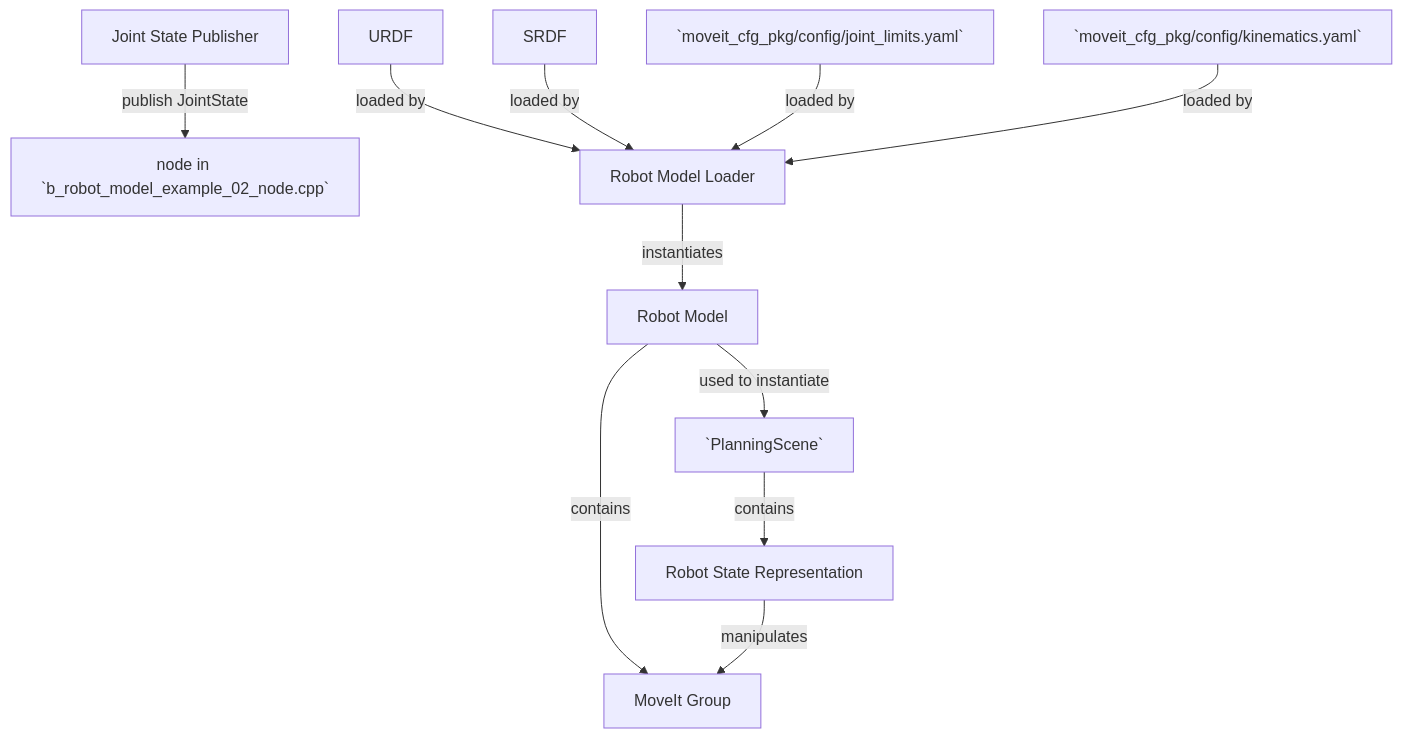
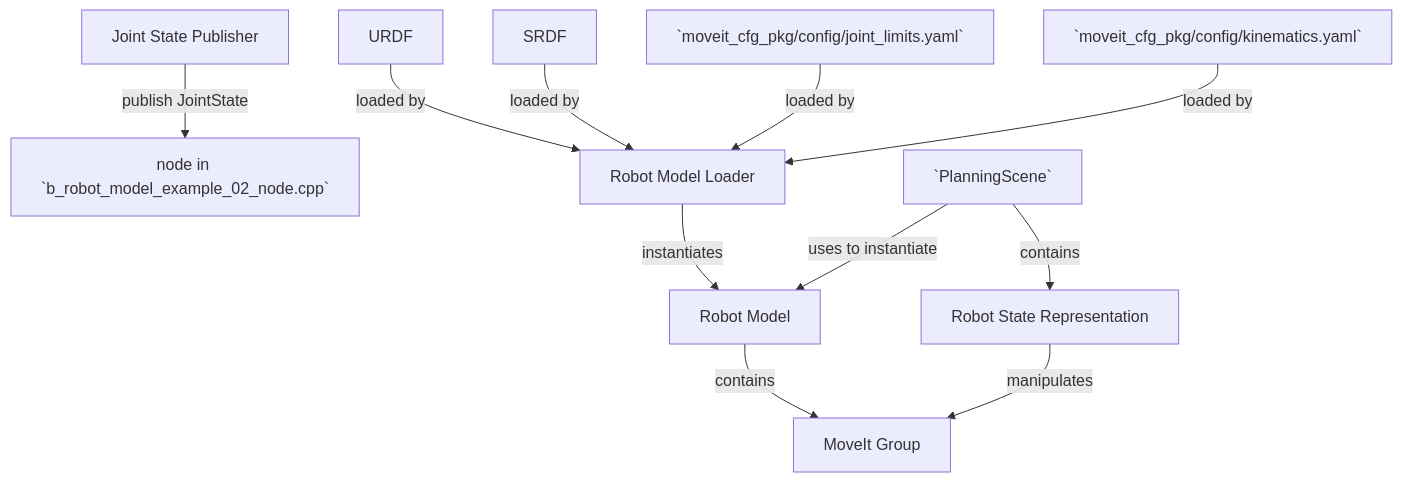
One commit to rafaelrojasmiliani/moveit_tutorial changed the diagram in 02_planning_scene/src/a_planning_scene_class/readme.md. Above: the diagram before and after it, drawn with Mermaid.

````diff
--- a/02_planning_scene/src/a_planning_scene_class/readme.md
+++ b/02_planning_scene/src/a_planning_scene_class/readme.md
@@ -26,13 +26,13 @@
 ```mermaid
 graph TD;
     JSP[Joint State Publisher] -- publish JointState --> N[node in `b_robot_model_example_02_node.cpp`];
     URDF -- loaded by --> RML[Robot Model Loader];
     SRDF -- loaded by --> RML;
     J[`moveit_cfg_pkg/config/joint_limits.yaml`] -- loaded by --> RML;
     K[`moveit_cfg_pkg/config/kinematics.yaml`] -- loaded by --> RML;
     RML -- instantiates --> RM[Robot Model];
     RM -- contains --> MG[MoveIt Group];
-    RM -- used to instantiate --> PS[`PlanningScene`];
+    PS[`PlanningScene`] -- uses to instantiate --> RM;
     PS -- contains --> RS[Robot State Representation];
     RS -- manipulates --> MG;
 ```
````
